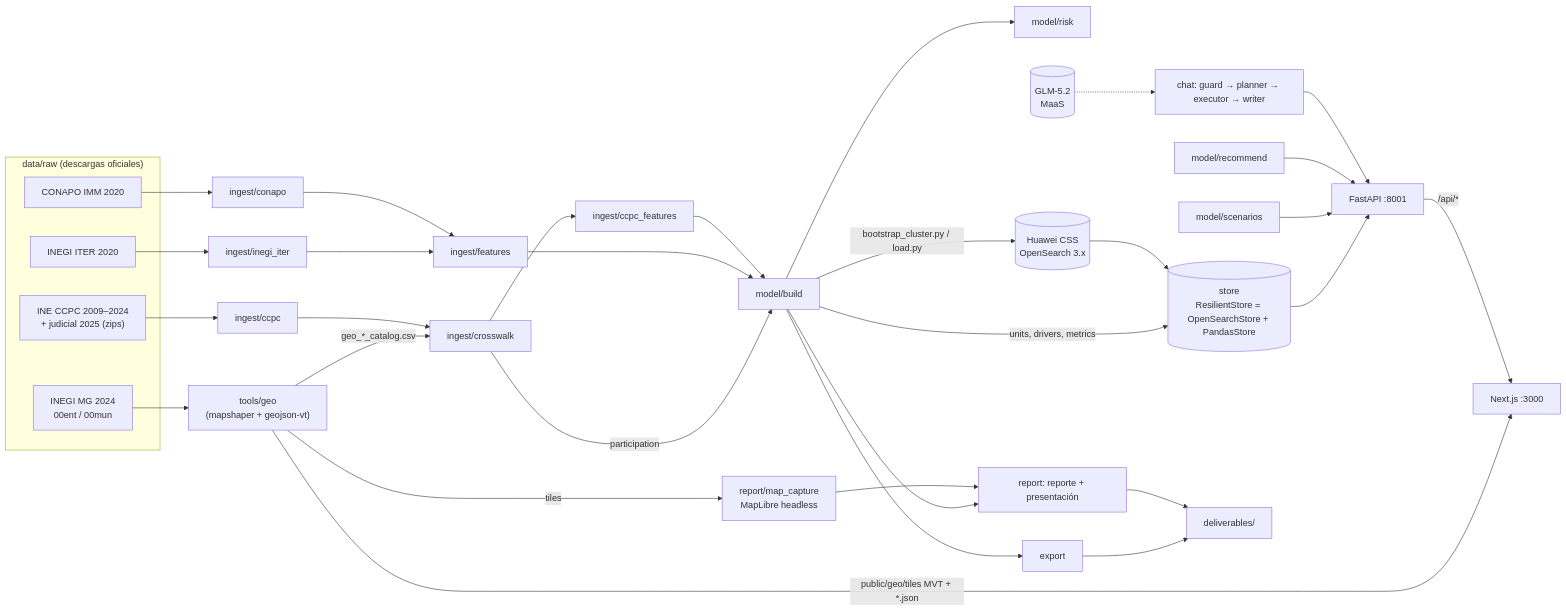
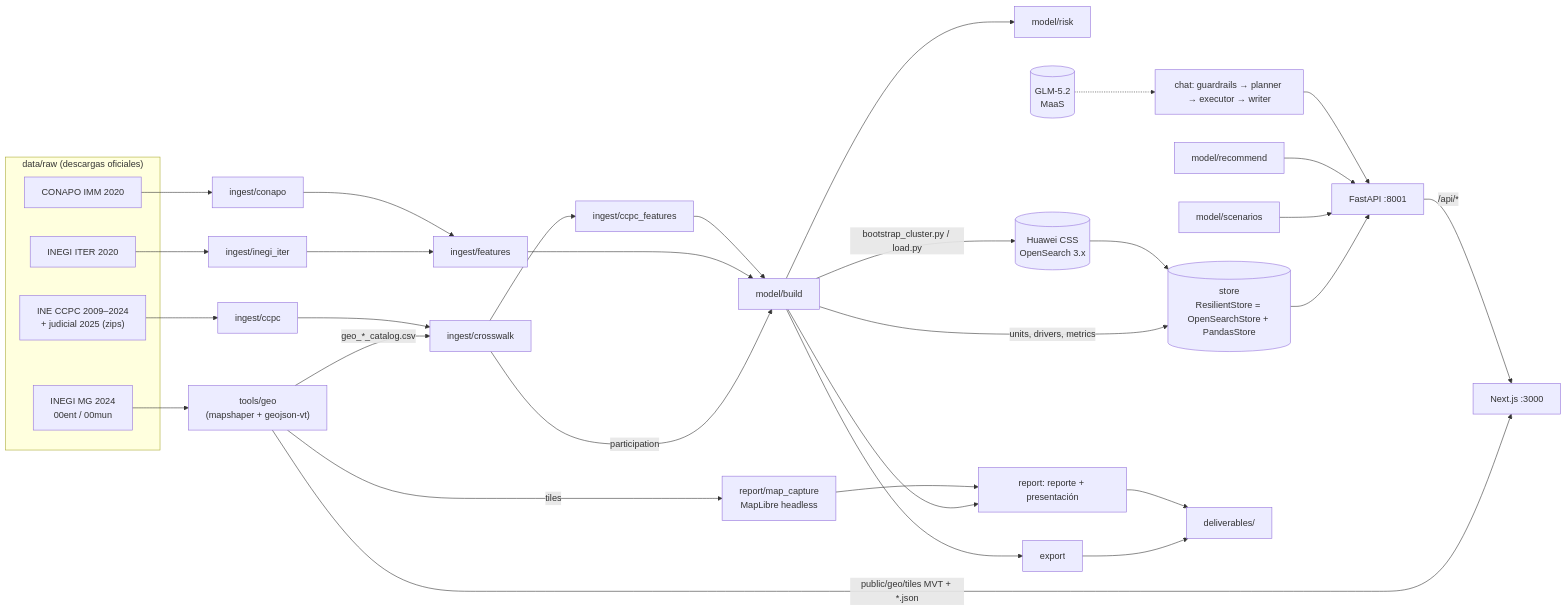
Before and after one commit to MrAres259/INE-Hackathon-OXENT: the diagram in explanation.md, drawn with Mermaid. The commit also changed other lines of this file and 10 other files, not shown here.

````diff
--- a/explanation.md
+++ b/explanation.md
@@ -31,33 +31,33 @@
 ```mermaid
 flowchart LR
   subgraph RAW["data/raw (descargas oficiales)"]
     CCPC["INE CCPC 2009–2024<br/>+ judicial 2025 (zips)"]
     ITER["INEGI ITER 2020"]
     IMM["CONAPO IMM 2020"]
     SHP["INEGI MG 2024<br/>00ent / 00mun"]
   end
   SHP --> GEO["tools/geo<br/>(mapshaper + geojson-vt)"]
   GEO -->|public/geo/tiles MVT + *.json| WEB
   GEO -->|tiles| CAP[report/map_capture<br/>MapLibre headless]
   GEO -->|geo_*_catalog.csv| CW
   CCPC --> CC[ingest/ccpc] --> CW[ingest/crosswalk]
   ITER --> IT[ingest/inegi_iter] --> FE[ingest/features]
   IMM --> CO[ingest/conapo] --> FE
   CW --> CF[ingest/ccpc_features]
   CW -->|participation| MB
   FE --> MB[model/build]
   CF --> MB
   MB --> RK[model/risk] 
   MB -->|units, drivers, metrics| ST[(store<br/>ResilientStore = OpenSearchStore + PandasStore)]
   MB -->|bootstrap_cluster.py / load.py| CSS[(Huawei CSS<br/>OpenSearch 3.x)]
   CSS --> ST
   ST --> API[FastAPI :8001]
   SC[model/scenarios] --> API
   RC[model/recommend] --> API
-  CHAT[chat: guard → planner → executor → writer] --> API
+  CHAT[chat: guardrails → planner → executor → writer] --> API
   LLM[(GLM-5.2<br/>MaaS)] -.-> CHAT
   API -->|/api/*| WEB[Next.js :3000]
   MB --> EX[export] --> DEL[deliverables/]
   MB --> REP[report: reporte + presentación] --> DEL
   CAP --> REP
 ```
````
